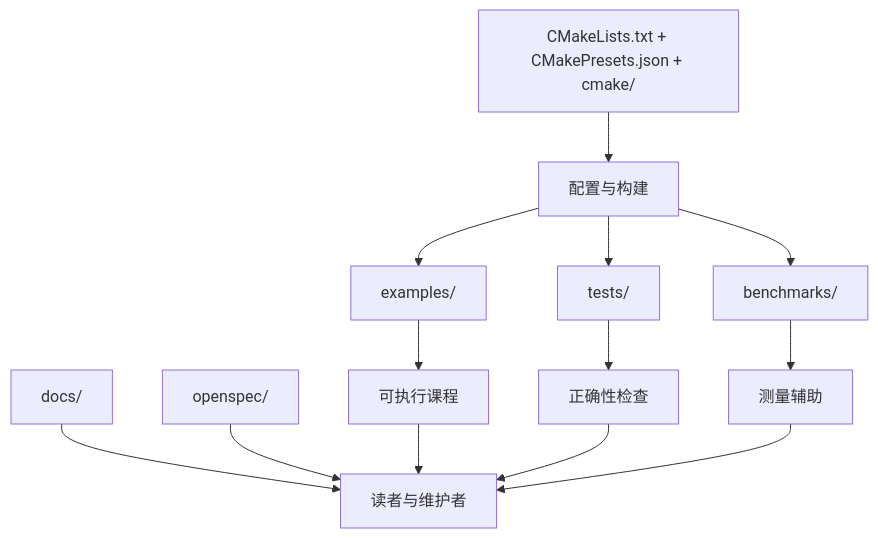
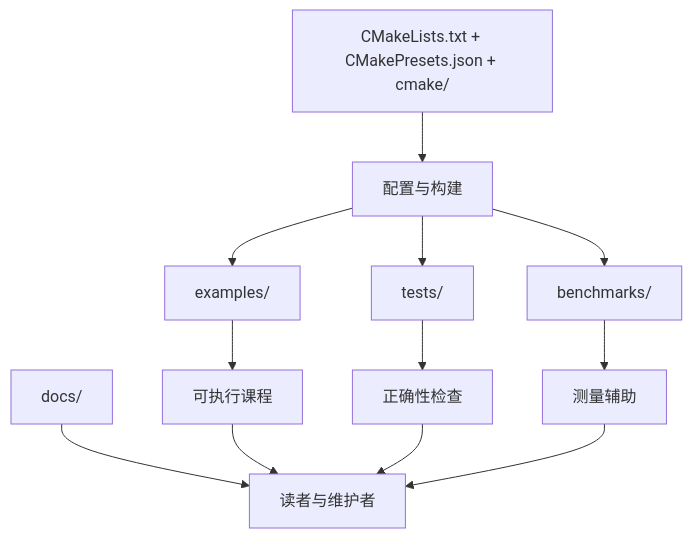
One commit to LessUp/cpp-high-performance-guide changed the diagram in docs/zh/architecture/repository-topology.md. Above: the diagram before and after it, drawn with Mermaid. The commit also changed other lines of this file and 44 other files, not shown here.

````diff
--- a/docs/zh/architecture/repository-topology.md
+++ b/docs/zh/architecture/repository-topology.md
@@ -7,15 +7,14 @@
 ```mermaid
 flowchart TD
     A[docs/] --> E[读者与维护者]
-    B[openspec/] --> E
     C[CMakeLists.txt + CMakePresets.json + cmake/] --> D[配置与构建]
     D --> F[examples/]
     D --> G[tests/]
     D --> H[benchmarks/]
     F --> I[可执行课程]
     G --> J[正确性检查]
     H --> K[测量辅助]
     I --> E
     J --> E
     K --> E
 ```
````
